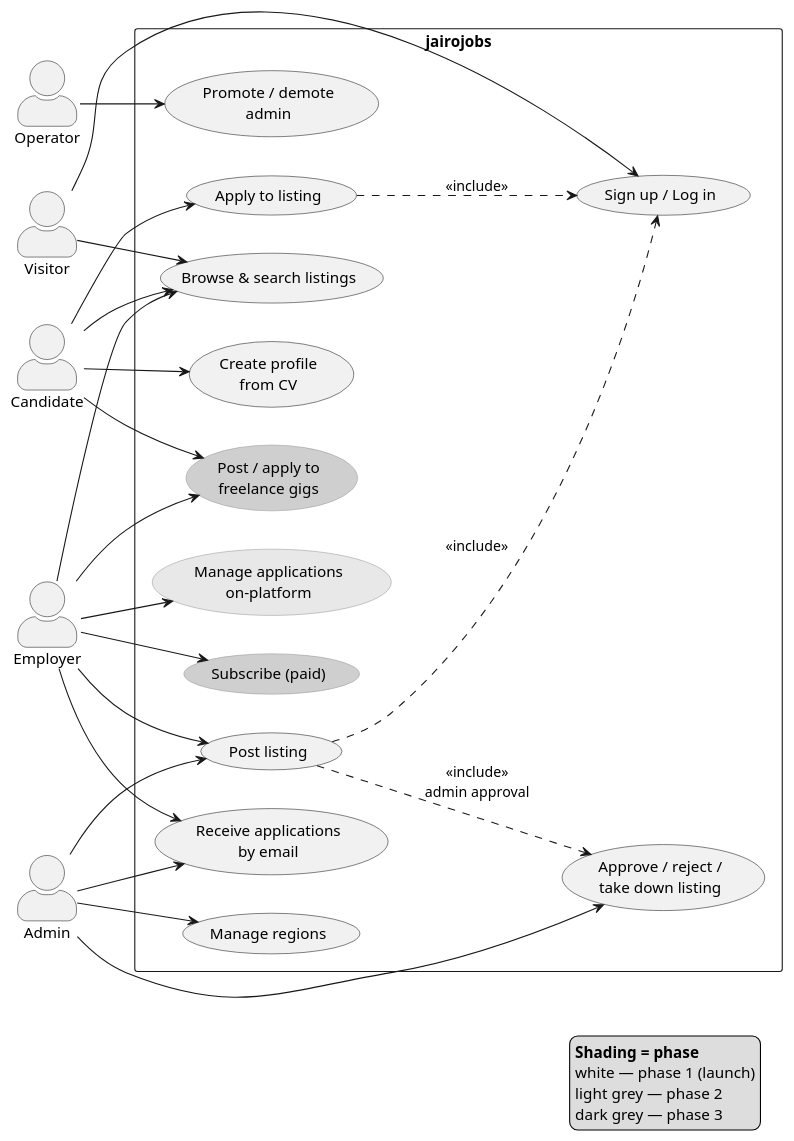
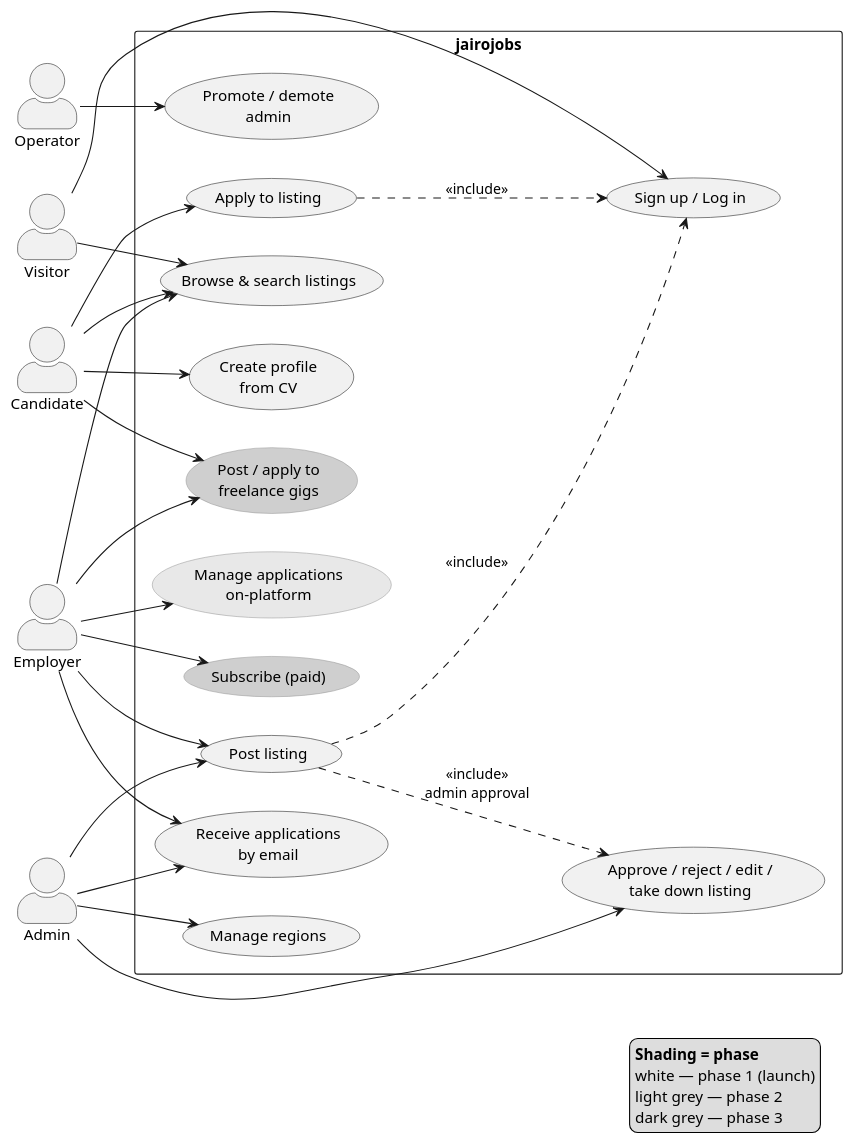
The diagram in docs/architecture/diagrams/src/usecase-product.puml (raseniero/jairojobs-elixir), drawn with PlantUML before and after one commit. The commit also changed 23 other files, not shown here.

Commit message:
docs(spec 004): architecture and earlier specs brought in line

```diff
--- a/docs/architecture/diagrams/src/usecase-product.puml
+++ b/docs/architecture/diagrams/src/usecase-product.puml
@@ -1,70 +1,70 @@
 @startuml usecase-product
 ' Product-level use case diagram — who can do what.
 ' Source of truth: docs/specs/000-product-overview/spec.md (personas + access matrix + feature map)
 ' Render: scripts/render-diagrams.sh
 
 left to right direction
 skinparam actorStyle awesome
 hide stereotype
 skinparam usecase {
   BackgroundColor<<phase2>> #E8E8E8
   BackgroundColor<<phase3>> #CFCFCF
   BorderColor<<phase2>> #999999
   BorderColor<<phase3>> #999999
 }
 
 actor Visitor
 actor Candidate
 actor Employer
 actor Admin
 actor Operator
 
 rectangle "jairojobs" {
   usecase "Browse & search listings" as UC1
   usecase "Sign up / Log in" as UC2
   usecase "Create profile\nfrom CV" as UC3
   usecase "Apply to listing" as UC4
   usecase "Post listing" as UC5
   usecase "Receive applications\nby email" as UC6
-  usecase "Approve / reject /\ntake down listing" as UC7
+  usecase "Approve / reject / edit /\ntake down listing" as UC7
   usecase "Manage regions" as UC8
   usecase "Promote / demote\nadmin" as UC9
   usecase "Manage applications\non-platform" as UC10 <<phase2>>
   usecase "Subscribe (paid)" as UC11 <<phase3>>
   usecase "Post / apply to\nfreelance gigs" as UC12 <<phase3>>
 }
 
 Visitor --> UC1
 Visitor --> UC2
 
 Candidate --> UC1
 Candidate --> UC3
 Candidate --> UC4
 Candidate --> UC12
 
 Employer --> UC1
 Employer --> UC5
 Employer --> UC6
 Employer --> UC10
 Employer --> UC11
 Employer --> UC12
 
 Admin --> UC7
 Admin --> UC8
 Admin --> UC5
 Admin --> UC6
 
 Operator --> UC9
 
 UC4 ..> UC2 : <<include>>
 UC5 ..> UC2 : <<include>>
 UC5 ..> UC7 : <<include>>\nadmin approval
 
 legend right
   **Shading = phase**
   white — phase 1 (launch)
   light grey — phase 2
   dark grey — phase 3
 endlegend
 
 @enduml
```
